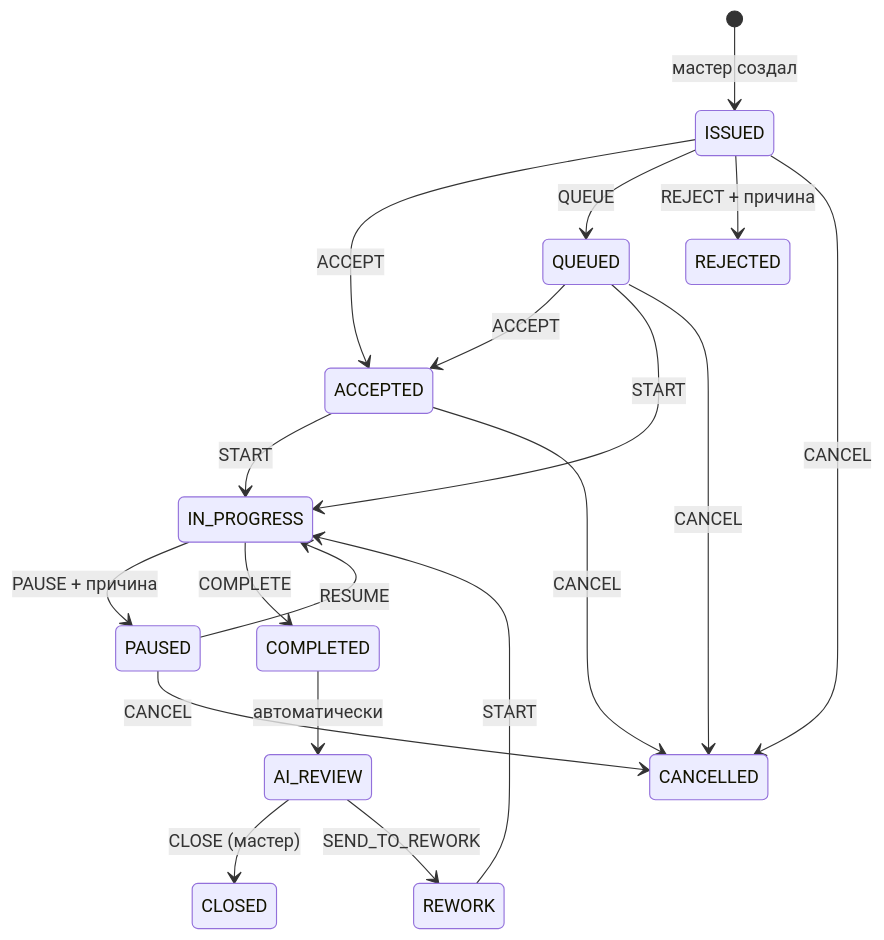
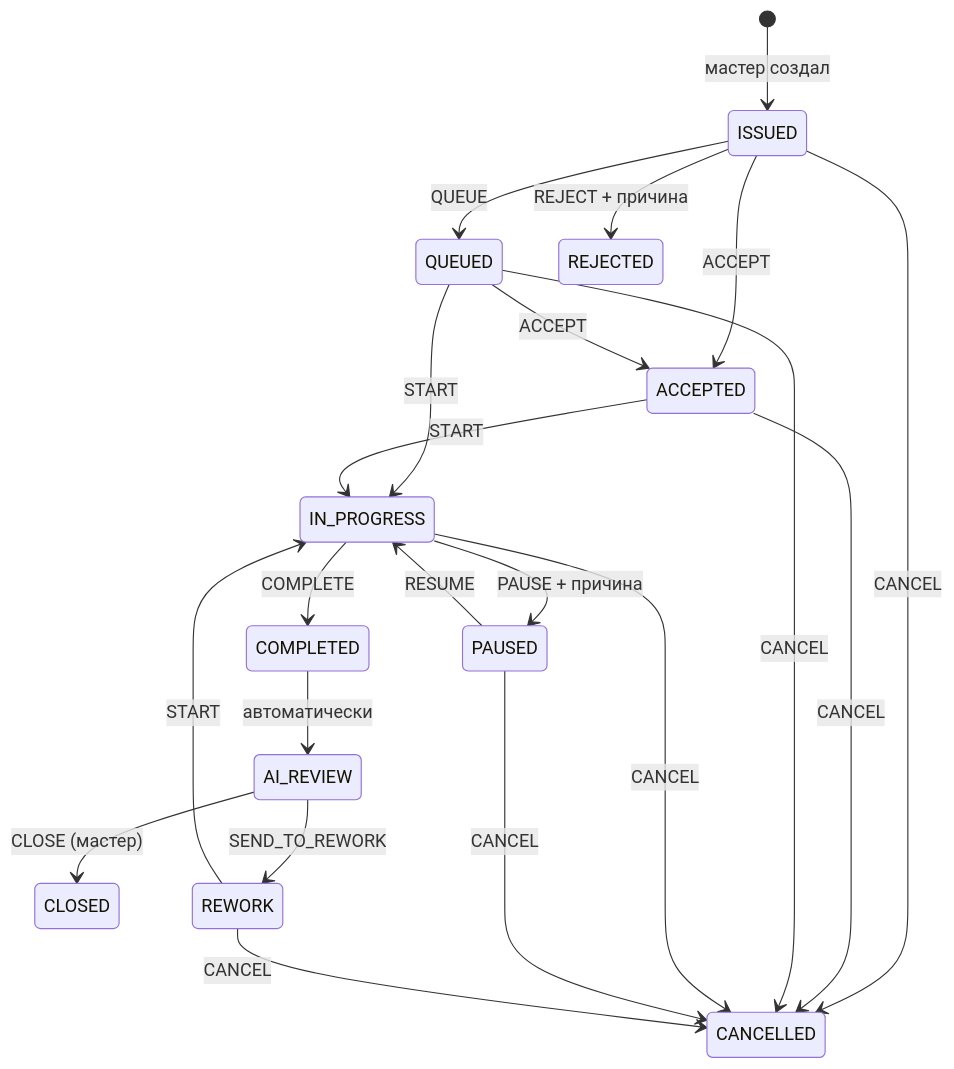
One commit to g0v4k0/naryad-ai-backend changed the second of 3 diagrams in README.md. Above: the diagram before and after it, drawn with Mermaid. The commit also changed other lines of this file and 30 other files, not shown here.

````diff
--- a/README.md
+++ b/README.md
@@ -105,21 +105,23 @@
 ```mermaid
 stateDiagram-v2
   [*] --> ISSUED: мастер создал
   ISSUED --> ACCEPTED: ACCEPT
   ISSUED --> QUEUED: QUEUE
   ISSUED --> REJECTED: REJECT + причина
   QUEUED --> ACCEPTED: ACCEPT
   QUEUED --> IN_PROGRESS: START
   ACCEPTED --> IN_PROGRESS: START
   IN_PROGRESS --> PAUSED: PAUSE + причина
   PAUSED --> IN_PROGRESS: RESUME
   IN_PROGRESS --> COMPLETED: COMPLETE
   COMPLETED --> AI_REVIEW: автоматически
   AI_REVIEW --> CLOSED: CLOSE (мастер)
   AI_REVIEW --> REWORK: SEND_TO_REWORK
   REWORK --> IN_PROGRESS: START
   ISSUED --> CANCELLED: CANCEL
   ACCEPTED --> CANCELLED: CANCEL
   QUEUED --> CANCELLED: CANCEL
+  IN_PROGRESS --> CANCELLED: CANCEL
   PAUSED --> CANCELLED: CANCEL
+  REWORK --> CANCELLED: CANCEL
 ```
````
